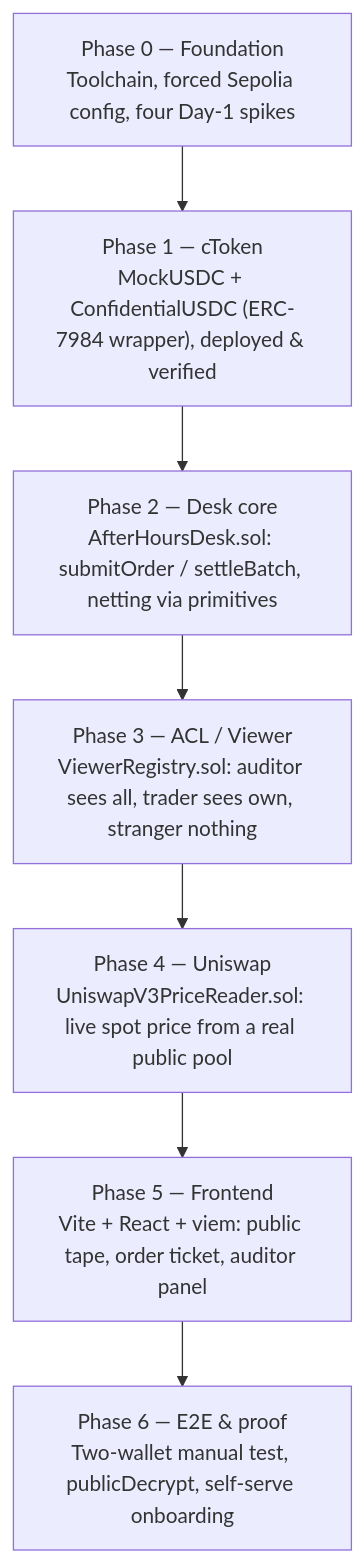
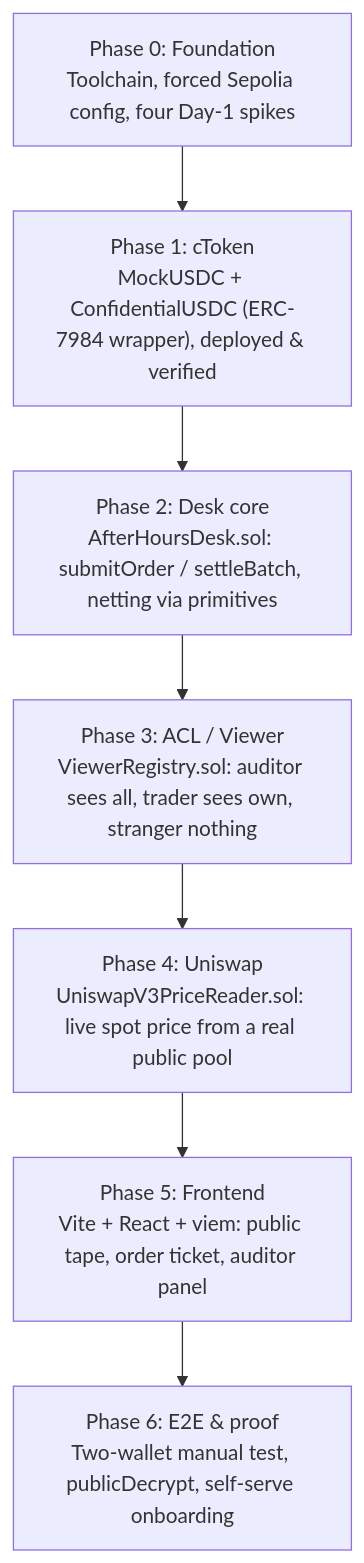
One commit to ceciliagalvaoo/after-hours-desk changed the first of 2 diagrams in documentation/docs/project/feedback-summary.md. Above: the diagram before and after it, drawn with Mermaid. The commit also changed other lines of this file and 2 other files, not shown here.

````diff
--- a/documentation/docs/project/feedback-summary.md
+++ b/documentation/docs/project/feedback-summary.md
@@ -34,12 +34,12 @@
 ```mermaid
 flowchart TB
-    P0["Phase 0 — Foundation<br/>Toolchain, forced Sepolia config, four Day-1 spikes"]
-    P1["Phase 1 — cToken<br/>MockUSDC + ConfidentialUSDC (ERC-7984 wrapper), deployed & verified"]
-    P2["Phase 2 — Desk core<br/>AfterHoursDesk.sol: submitOrder / settleBatch, netting via primitives"]
-    P3["Phase 3 — ACL / Viewer<br/>ViewerRegistry.sol: auditor sees all, trader sees own, stranger nothing"]
-    P4["Phase 4 — Uniswap<br/>UniswapV3PriceReader.sol: live spot price from a real public pool"]
-    P5["Phase 5 — Frontend<br/>Vite + React + viem: public tape, order ticket, auditor panel"]
-    P6["Phase 6 — E2E & proof<br/>Two-wallet manual test, publicDecrypt, self-serve onboarding"]
+    P0["Phase 0: Foundation<br/>Toolchain, forced Sepolia config, four Day-1 spikes"]
+    P1["Phase 1: cToken<br/>MockUSDC + ConfidentialUSDC (ERC-7984 wrapper), deployed & verified"]
+    P2["Phase 2: Desk core<br/>AfterHoursDesk.sol: submitOrder / settleBatch, netting via primitives"]
+    P3["Phase 3: ACL / Viewer<br/>ViewerRegistry.sol: auditor sees all, trader sees own, stranger nothing"]
+    P4["Phase 4: Uniswap<br/>UniswapV3PriceReader.sol: live spot price from a real public pool"]
+    P5["Phase 5: Frontend<br/>Vite + React + viem: public tape, order ticket, auditor panel"]
+    P6["Phase 6: E2E & proof<br/>Two-wallet manual test, publicDecrypt, self-serve onboarding"]
 
     P0 --> P1 --> P2 --> P3 --> P4 --> P5 --> P6
 ```
````
